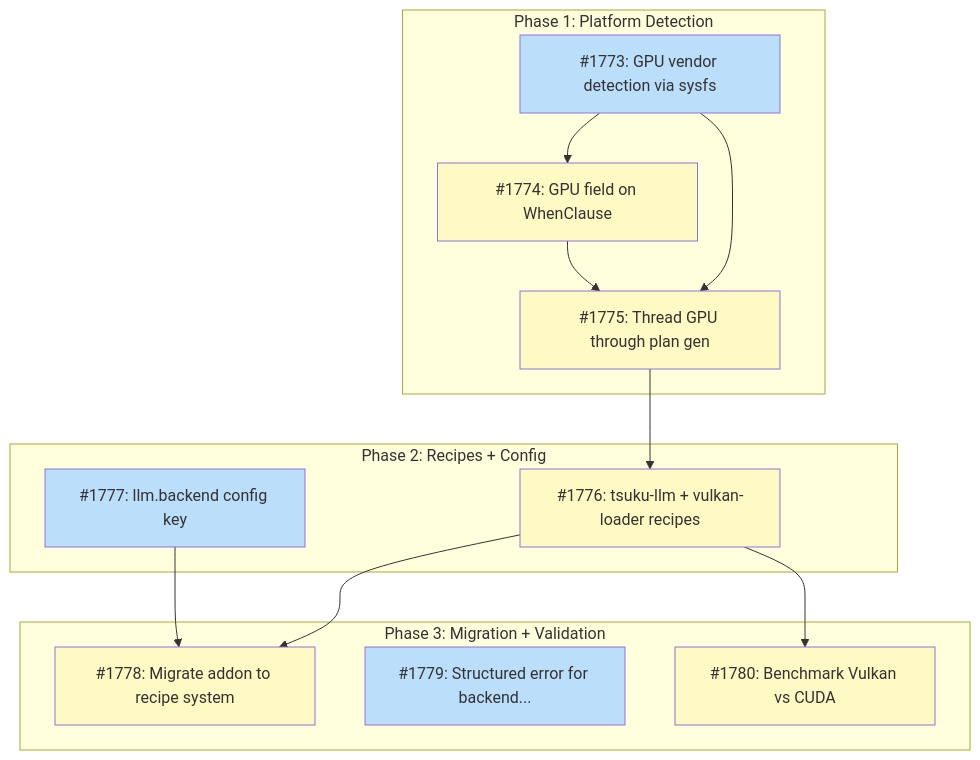
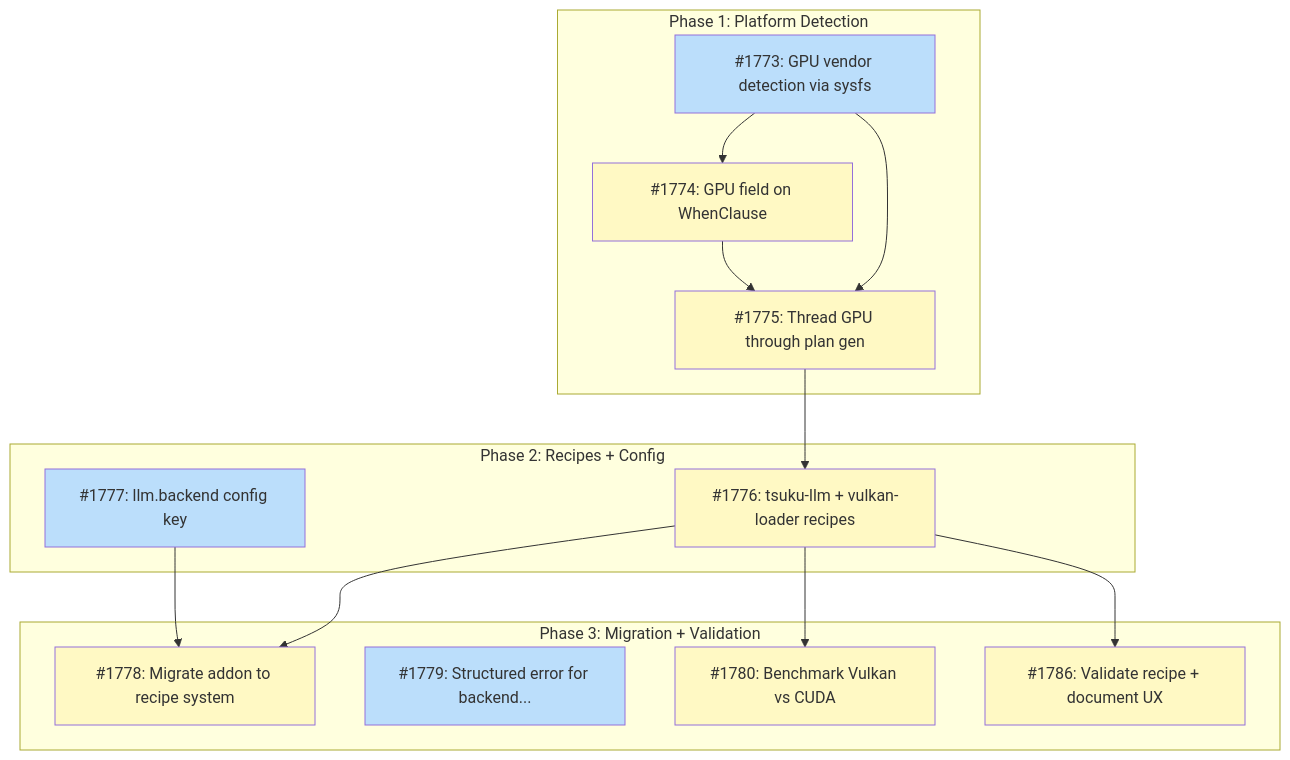
Before and after one commit to tsukumogami/tsuku: the diagram in docs/designs/DESIGN-gpu-backend-selection.md, drawn with Mermaid. The commit also changed other lines of this file, not shown here.

First line of the commit message:
docs(gpu-backend-selection): add recipe validation issue and What Ships section

````diff
--- a/docs/designs/DESIGN-gpu-backend-selection.md
+++ b/docs/designs/DESIGN-gpu-backend-selection.md
@@ -57,36 +59,38 @@
 ```mermaid
 graph TD
     subgraph Phase1["Phase 1: Platform Detection"]
         I1773["#1773: GPU vendor detection via sysfs"]
         I1774["#1774: GPU field on WhenClause"]
         I1775["#1775: Thread GPU through plan gen"]
     end
 
     subgraph Phase2["Phase 2: Recipes + Config"]
         I1776["#1776: tsuku-llm + vulkan-loader recipes"]
         I1777["#1777: llm.backend config key"]
     end
 
     subgraph Phase3["Phase 3: Migration + Validation"]
         I1778["#1778: Migrate addon to recipe system"]
         I1779["#1779: Structured error for backend..."]
         I1780["#1780: Benchmark Vulkan vs CUDA"]
+        I1786["#1786: Validate recipe + document UX"]
     end
 
     I1773 --> I1774
     I1773 --> I1775
     I1774 --> I1775
     I1775 --> I1776
     I1776 --> I1778
     I1777 --> I1778
     I1776 --> I1780
+    I1776 --> I1786
 
     classDef done fill:#c8e6c9
     classDef ready fill:#bbdefb
     classDef blocked fill:#fff9c4
     classDef needsDesign fill:#e1bee7
     classDef tracksDesign fill:#FFE0B2,stroke:#F57C00,color:#000
 
     class I1773,I1777,I1779 ready
-    class I1774,I1775,I1776,I1778,I1780 blocked
+    class I1774,I1775,I1776,I1778,I1780,I1786 blocked
 ```
````
